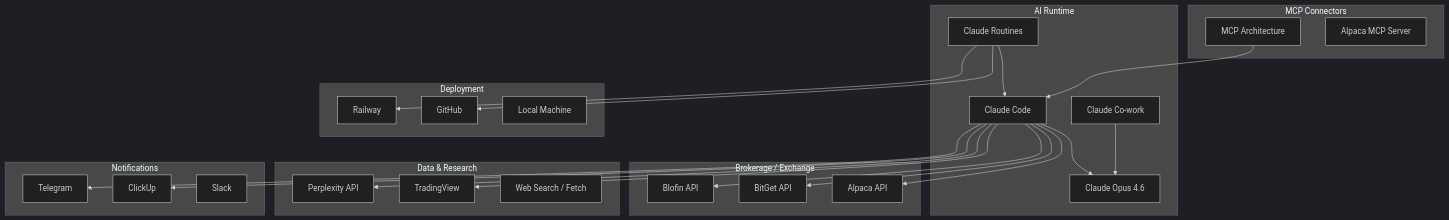
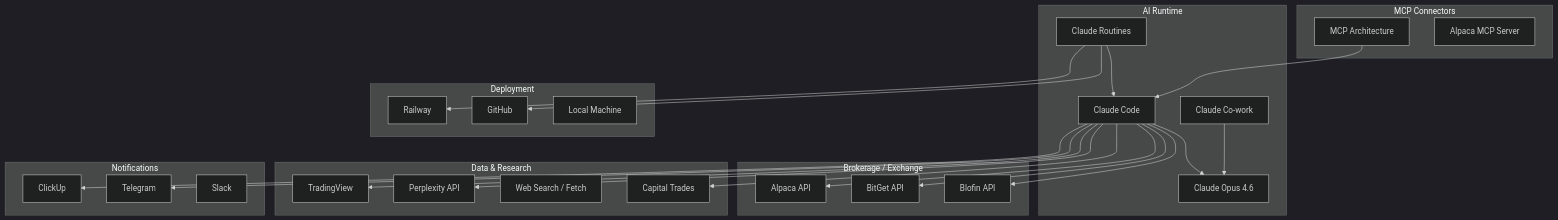
Before and after one commit to JozsefKiss90/el_nino: the diagram in wiki/systems/Claude-Assisted Trading Stack.md, drawn with Mermaid (dark theme). The commit also changed other lines of this file and 18 other files, not shown here.

Commit message:
updated original graph

````diff
--- a/wiki/systems/Claude-Assisted Trading Stack.md
+++ b/wiki/systems/Claude-Assisted Trading Stack.md
@@ -17,52 +17,54 @@
 ```mermaid
 flowchart TD
     subgraph AI["AI Runtime"]
         CC[Claude Code]
         CW[Claude Co-work]
         CR[Claude Routines]
         O47[Claude Opus 4.6]
     end
 
     subgraph Broker["Brokerage / Exchange"]
         ALP[Alpaca API]
         BG[BitGet API]
         BF[Blofin API]
     end
 
     subgraph Data["Data & Research"]
         TV[TradingView]
         PX[Perplexity API]
         WS[Web Search / Fetch]
+        CT[Capital Trades]
     end
 
     subgraph Deploy["Deployment"]
         RW[Railway]
         GH[GitHub]
         LC[Local Machine]
     end
 
     subgraph Notify["Notifications"]
         CU[ClickUp]
         TG[Telegram]
         SL[Slack]
     end
 
     subgraph MCP_Layer["MCP Connectors"]
         MCP[MCP Architecture]
         AMCP[Alpaca MCP Server]
     end
 
     CR --> CC
     CC --> O47
     CW --> O47
     CC --> ALP
     CC --> BG
     CC --> BF
     CC --> TV
     CC --> PX
     CC --> CU
     CC --> TG
     CR --> GH
     CR --> RW
+    CC --> CT
     MCP --> CC
 ```
````
